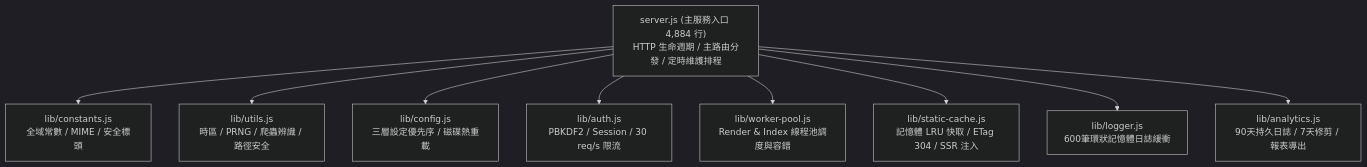
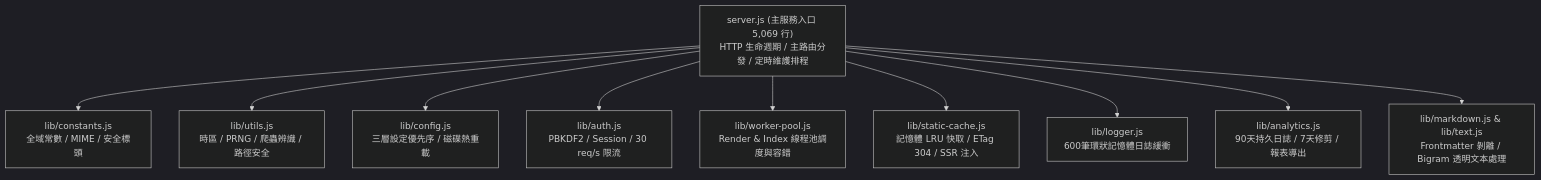
One commit to jmedzen/mdWebview changed the tenth of 11 diagrams in ARCHITECTURE.md. Above: the diagram before and after it, drawn with Mermaid (dark theme). The commit also changed other lines of this file and 15 other files, not shown here.

````diff
--- a/ARCHITECTURE.md
+++ b/ARCHITECTURE.md
@@ -334,13 +337,14 @@
 ```mermaid
 flowchart TD
-    ServerEntry["server.js (主服務入口 4,884 行)\nHTTP 生命週期 / 主路由分發 / 定時維護排程"]
+    ServerEntry["server.js (主服務入口 5,069 行)\nHTTP 生命週期 / 主路由分發 / 定時維護排程"]
 
     ServerEntry --> ConstMod["lib/constants.js\n全域常數 / MIME / 安全標頭"]
     ServerEntry --> UtilMod["lib/utils.js\n時區 / PRNG / 爬蟲辨識 / 路徑安全"]
     ServerEntry --> ConfMod["lib/config.js\n三層設定優先序 / 磁碟熱重載"]
     ServerEntry --> AuthMod["lib/auth.js\nPBKDF2 / Session / 30 req/s 限流"]
     ServerEntry --> PoolMod["lib/worker-pool.js\nRender & Index 線程池調度與容錯"]
     ServerEntry --> StatMod["lib/static-cache.js\n記憶體 LRU 快取 / ETag 304 / SSR 注入"]
     ServerEntry --> LogMod["lib/logger.js\n600筆環狀記憶體日誌緩衝"]
     ServerEntry --> AnaMod["lib/analytics.js\n90天持久日誌 / 7天修剪 / 報表導出"]
+    ServerEntry --> TextMod["lib/markdown.js & lib/text.js\nFrontmatter 剝離 / Bigram 透明文本處理"]
 ```
````
